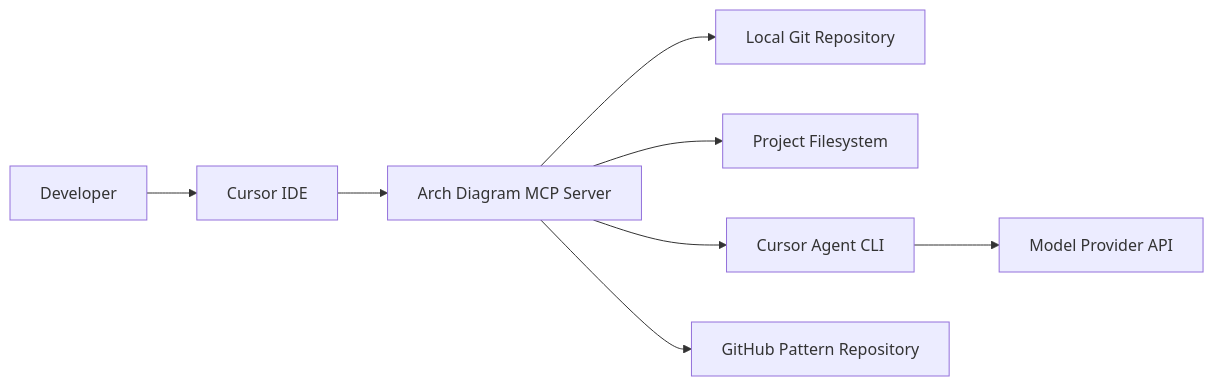
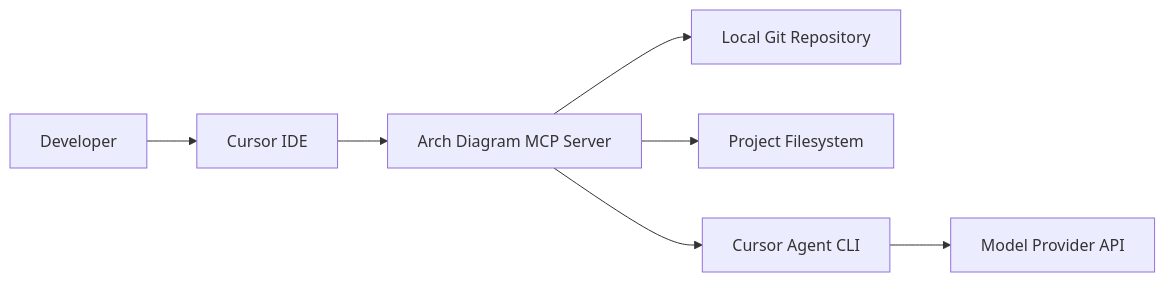
The first of 3 diagrams in arch.md (obzenner/archy), drawn with Mermaid before and after one commit. The commit also changed other lines of this file and 4 other files, not shown here.

````diff
--- a/arch.md
+++ b/arch.md
@@ -53,19 +61,17 @@
 ```mermaid
 flowchart LR
     Developer[Developer]
     Cursor_IDE[Cursor IDE]
     Arch_MCP_Server[Arch Diagram MCP Server]
     Local_Git_Repo[Local Git Repository]
     Project_FS[Project Filesystem]
     Cursor_Agent_CLI[Cursor Agent CLI]
-    GitHub_Patterns[GitHub Pattern Repository]
     Model_Provider_API[Model Provider API]
 
     Developer --> Cursor_IDE
     Cursor_IDE --> Arch_MCP_Server
     Arch_MCP_Server --> Project_FS
     Arch_MCP_Server --> Local_Git_Repo
     Arch_MCP_Server --> Cursor_Agent_CLI
     Cursor_Agent_CLI --> Model_Provider_API
-    Arch_MCP_Server --> GitHub_Patterns
 ```
````
